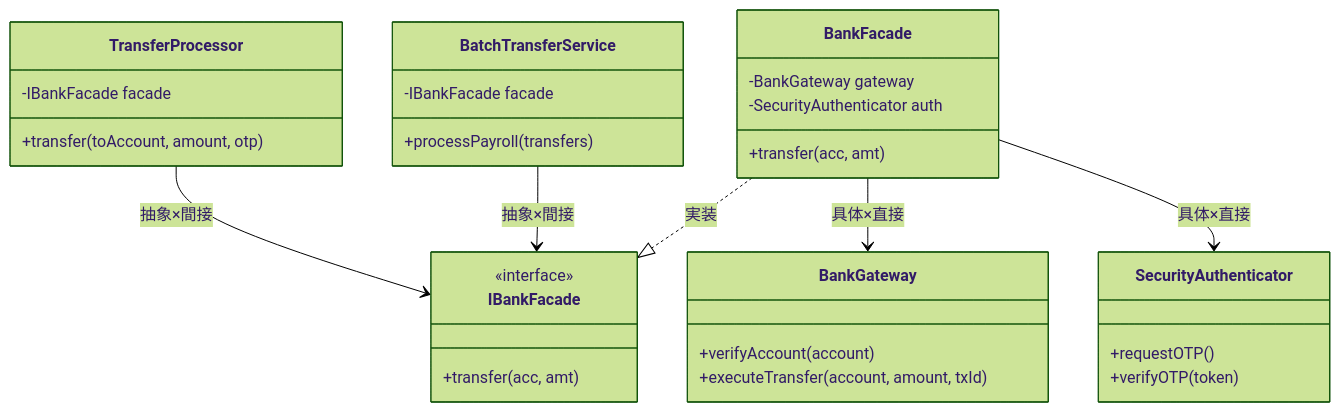
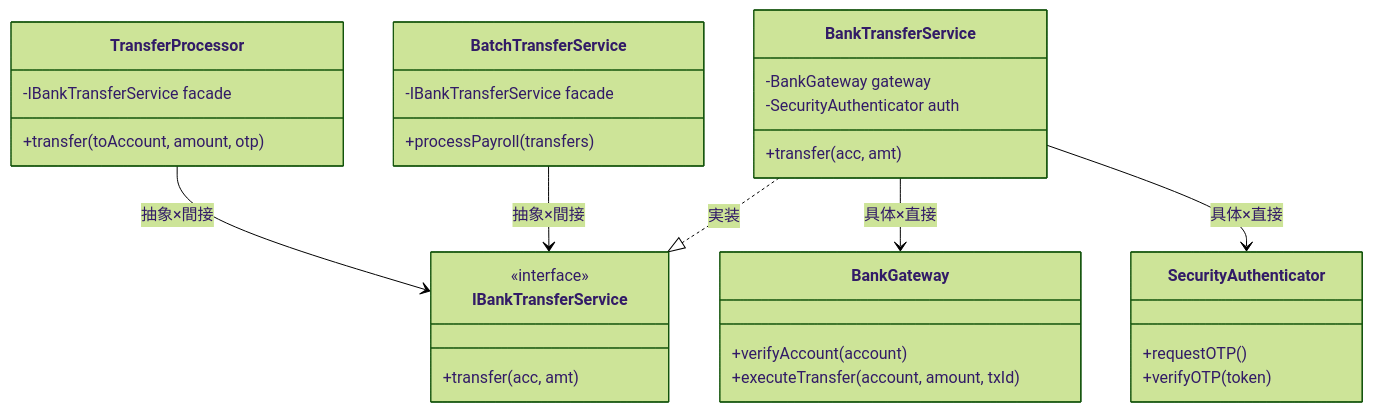
The seventh of 11 diagrams in kindle/design-patterns/output/chapter02.md (kumachan1101-pixel/DesignPattern), drawn with Mermaid (forest theme) before and after one commit. The commit also changed other lines of this file, not shown here.

````diff
--- a/kindle/design-patterns/output/chapter02.md
+++ b/kindle/design-patterns/output/chapter02.md
@@ -838,33 +840,33 @@
 ```mermaid
 classDiagram
-    class IBankFacade {
+    class IBankTransferService {
         <<interface>>
         +transfer(acc, amt)
     }
-    class BankFacade {
+    class BankTransferService {
         -BankGateway gateway
         -SecurityAuthenticator auth
         +transfer(acc, amt)
     }
     class TransferProcessor {
-        -IBankFacade facade
+        -IBankTransferService facade
         +transfer(toAccount, amount, otp)
     }
     class BatchTransferService {
-        -IBankFacade facade
+        -IBankTransferService facade
         +processPayroll(transfers)
     }
     class BankGateway {
         +verifyAccount(account)
         +executeTransfer(account, amount, txId)
     }
     class SecurityAuthenticator {
         +requestOTP()
         +verifyOTP(token)
     }
-    BankFacade ..|> IBankFacade : 実装
-    TransferProcessor --> IBankFacade : 抽象×間接
-    BatchTransferService --> IBankFacade : 抽象×間接
-    BankFacade --> BankGateway : 具体×直接
-    BankFacade --> SecurityAuthenticator : 具体×直接
+    BankTransferService ..|> IBankTransferService : 実装
+    TransferProcessor --> IBankTransferService : 抽象×間接
+    BatchTransferService --> IBankTransferService : 抽象×間接
+    BankTransferService --> BankGateway : 具体×直接
+    BankTransferService --> SecurityAuthenticator : 具体×直接
 ```
````
